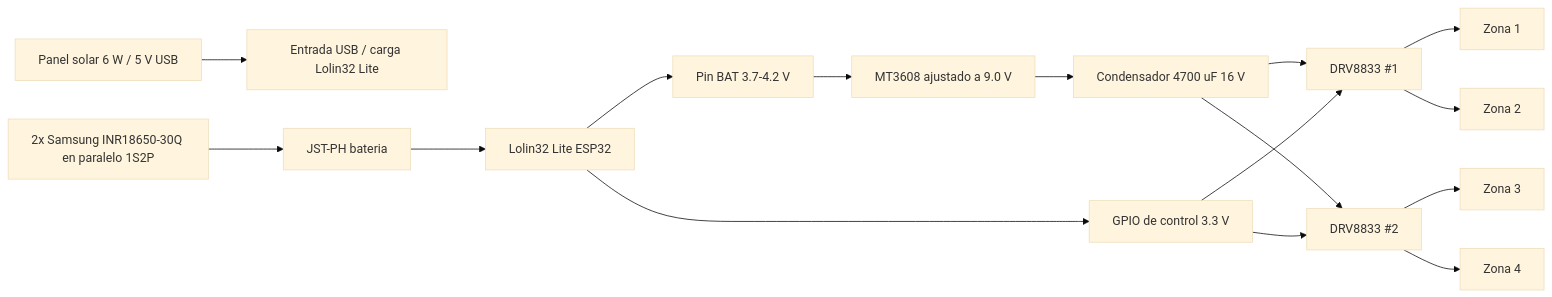
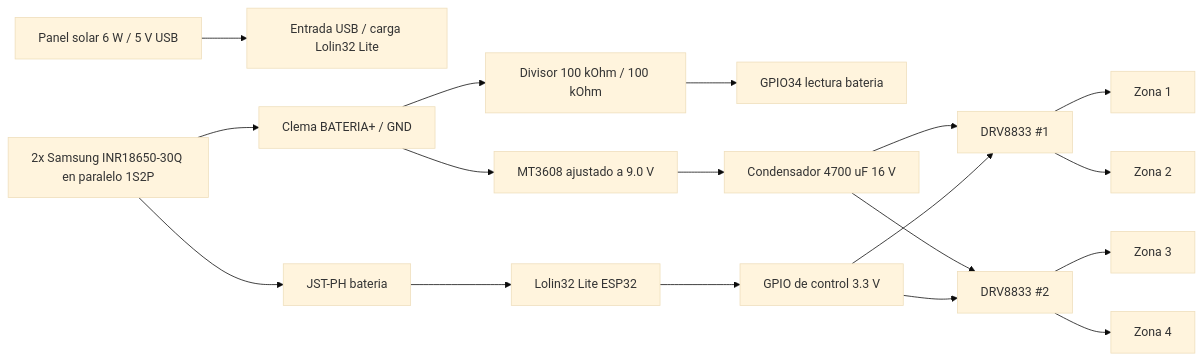
One commit to jmffreige/riego-cc2 changed the diagram in hardware/README.md. Above: the diagram before and after it, drawn with Mermaid (base theme). The commit also changed other lines of this file and 5 other files, not shown here.

````diff
--- a/hardware/README.md
+++ b/hardware/README.md
@@ -14,18 +14,20 @@
 ```mermaid
 flowchart LR
     Solar[Panel solar 6 W / 5 V USB] --> USB[Entrada USB / carga Lolin32 Lite]
     BatPack[2x Samsung INR18650-30Q en paralelo 1S2P] --> JST[JST-PH bateria]
     JST --> Lolin[Lolin32 Lite ESP32]
-    Lolin --> BAT[Pin BAT 3.7-4.2 V]
-    BAT --> Boost[MT3608 ajustado a 9.0 V]
+    BatPack --> BatBus[Clema BATERIA+ / GND]
+    BatBus --> Boost[MT3608 ajustado a 9.0 V]
+    BatBus --> Div[Divisor 100 kOhm / 100 kOhm]
+    Div --> ADC[GPIO34 lectura bateria]
     Boost --> Cap[Condensador 4700 uF 16 V]
     Cap --> DRV1[DRV8833 #1]
     Cap --> DRV2[DRV8833 #2]
     Lolin --> GPIO[GPIO de control 3.3 V]
     GPIO --> DRV1
     GPIO --> DRV2
     DRV1 --> Z1[Zona 1]
     DRV1 --> Z2[Zona 2]
     DRV2 --> Z3[Zona 3]
     DRV2 --> Z4[Zona 4]
 ```
````
